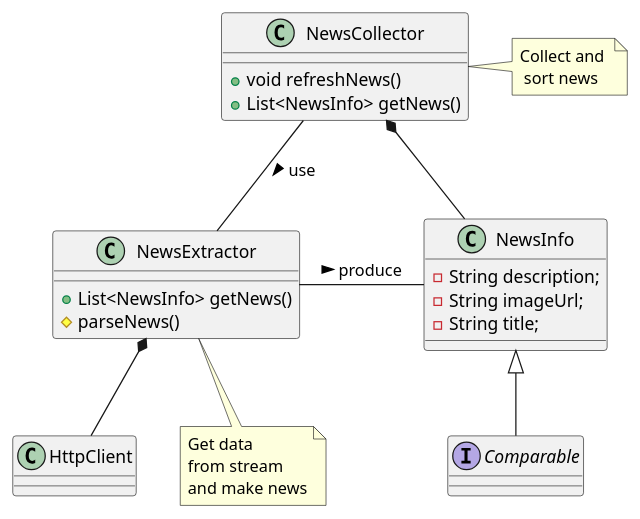
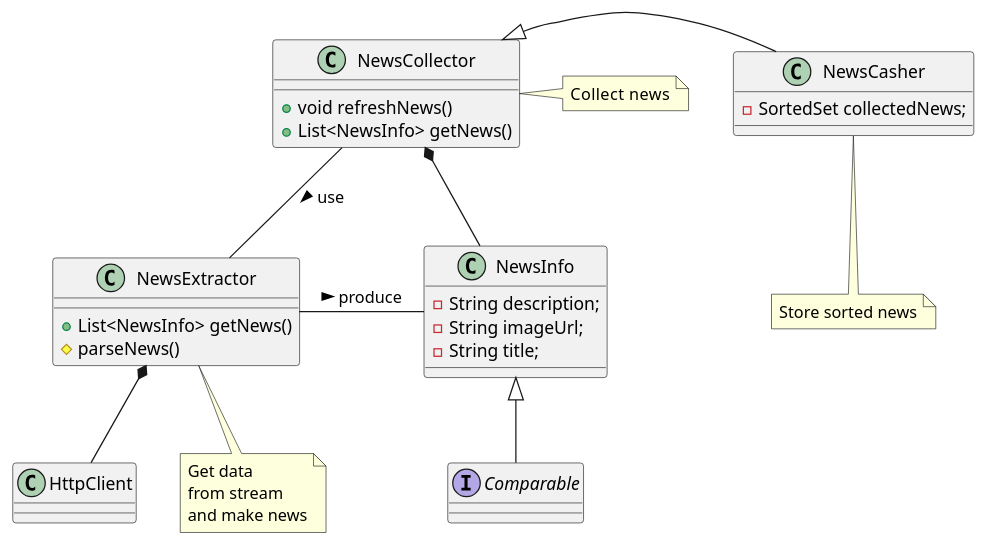
The diagram in rssnewslib/src/main/java/com/andrewtis/rssnewslib/model/ModelStructure.puml (dantisan/TischenkoAndreyNews), drawn with PlantUML before and after one commit. The commit also changed 13 other files, not shown here.

```diff
--- a/rssnewslib/src/main/java/com/andrewtis/rssnewslib/model/ModelStructure.puml
+++ b/rssnewslib/src/main/java/com/andrewtis/rssnewslib/model/ModelStructure.puml
@@ -1,35 +1,40 @@
 @startuml
 
 class NewsExtractor{
     +List<NewsInfo> getNews()
     #parseNews()
 }
 
 class NewsCollector {
     + void refreshNews()
     + List<NewsInfo> getNews()
 }
 
 class NewsInfo{
     - String description;
     - String imageUrl;
     - String title;
 }
 
+class NewsCasher{
+    - SortedSet collectedNews;
+}
+
 class HttpClient
 interface Comparable
 
 NewsExtractor *-- HttpClient
 NewsExtractor - NewsInfo : produce >
 NewsCollector *-- NewsInfo
 NewsInfo <|-- Comparable
 NewsCollector -- NewsExtractor : use >
+NewsCollector <|-NewsCasher
 
-
-note "Collect and \n sort news" as N1
+note "Collect  news" as N1
 note "Get data \nfrom stream \nand make news" as N2
+note "Store sorted news" as N3
 
 NewsCollector . N1
 NewsExtractor .. N2
-
+NewsCasher .. N3
 @enduml
```
